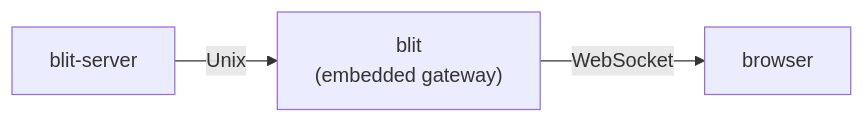
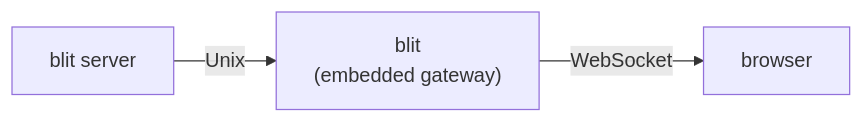
Before and after one commit to indent-com/blit: the third of 11 diagrams in ARCHITECTURE.md, drawn with Mermaid. The commit also changed other lines of this file and 101 other files, not shown here.

````diff
--- a/ARCHITECTURE.md
+++ b/ARCHITECTURE.md
@@ -111,5 +111,5 @@
 ```mermaid
 graph LR
-    S["blit-server"] -->|Unix| C["blit\n(embedded gateway)"]
+    S["blit server"] -->|Unix| C["blit\n(embedded gateway)"]
     C -->|WebSocket| B["browser"]
 ```
````
